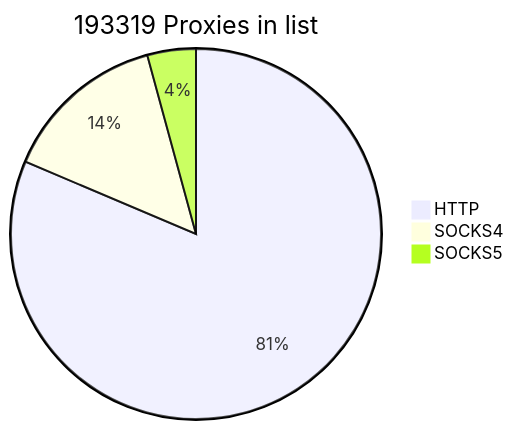
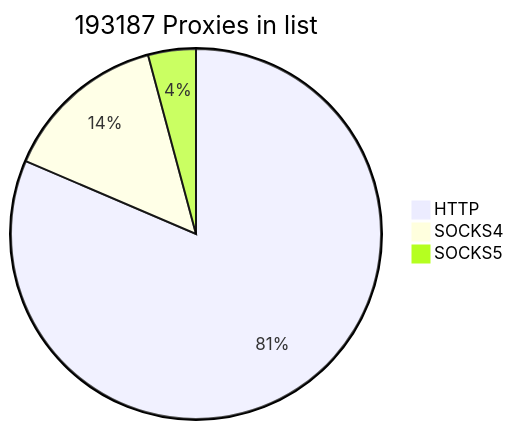
One commit to cutipu/proxylist changed the first of 2 diagrams in README.md. Above: the diagram before and after it, drawn with Mermaid. The commit also changed other lines of this file, not shown here.

````diff
--- a/README.md
+++ b/README.md
@@ -2,7 +2,7 @@
 ```mermaid
-pie title 193319 Proxies in list
+pie title 193187 Proxies in list
     "HTTP" : 157328
     "SOCKS4" : 27805
-    "SOCKS5" : 8186
+    "SOCKS5" : 8054
             
 ```
````
